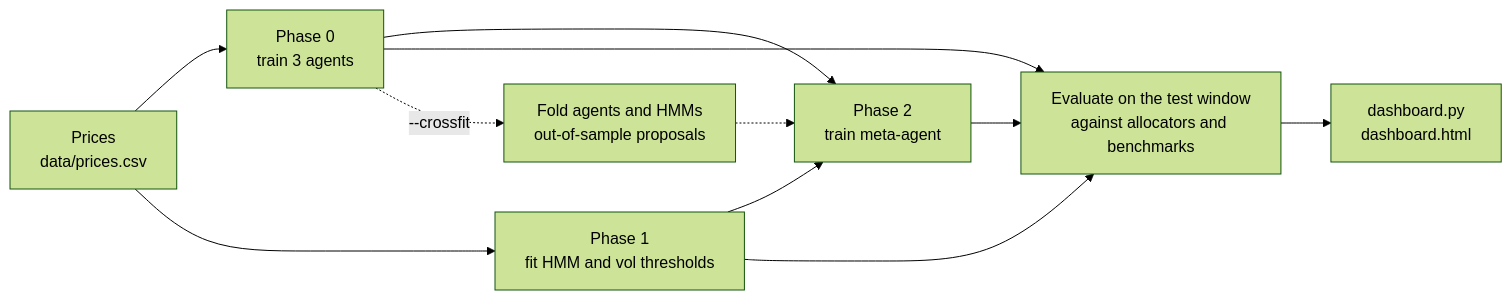
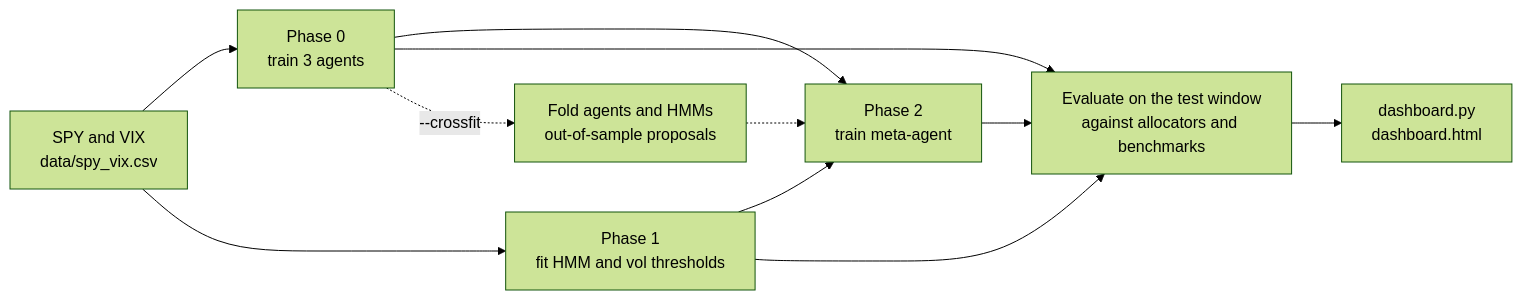
Before and after one commit to chillMLguy/HRL-for-trading-: the diagram in README.md, drawn with Mermaid (forest theme). The commit also changed other lines of this file and 22 other files, not shown here.

First line of the commit message:
Single-asset hierarchy on SPY with VIX inputs and 0.2 bp costs

````diff
--- a/README.md
+++ b/README.md
@@ -12,13 +15,13 @@
 ```mermaid
 flowchart LR
-    P["Prices<br/>data/prices.csv"] --> A["Phase 0<br/>train 3 agents"]
+    P["SPY and VIX<br/>data/spy_vix.csv"] --> A["Phase 0<br/>train 3 agents"]
     P --> H["Phase 1<br/>fit HMM and vol thresholds"]
     A --> M["Phase 2<br/>train meta-agent"]
     H --> M
     M --> E["Evaluate on the test window<br/>against allocators and benchmarks"]
     A --> E
     H --> E
     E --> D["dashboard.py<br/>dashboard.html"]
     A -. "--crossfit" .-> C["Fold agents and HMMs<br/>out-of-sample proposals"]
     C -.-> M
 ```
````
